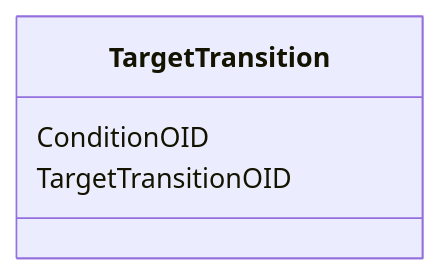
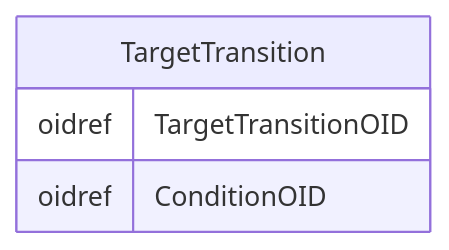
One commit to cdisc-org/DataExchange-ODM-LinkML changed the diagram in docs/TargetTransition.md. Above: the diagram before and after it, drawn with Mermaid. The commit also changed other lines of this file and 181 other files, not shown here.

Commit message:
ER diagrams working via templates and removing names with underscores

````diff
--- a/docs/TargetTransition.md
+++ b/docs/TargetTransition.md
@@ -14,9 +11,10 @@
 ```mermaid
- classDiagram
-    class TargetTransition
-      TargetTransition : ConditionOID
-        
-      TargetTransition : TargetTransitionOID
-        
-      
+erDiagram
+TargetTransition {
+    oidref TargetTransitionOID  
+    oidref ConditionOID  
+}
+
+
+
 ```
````
